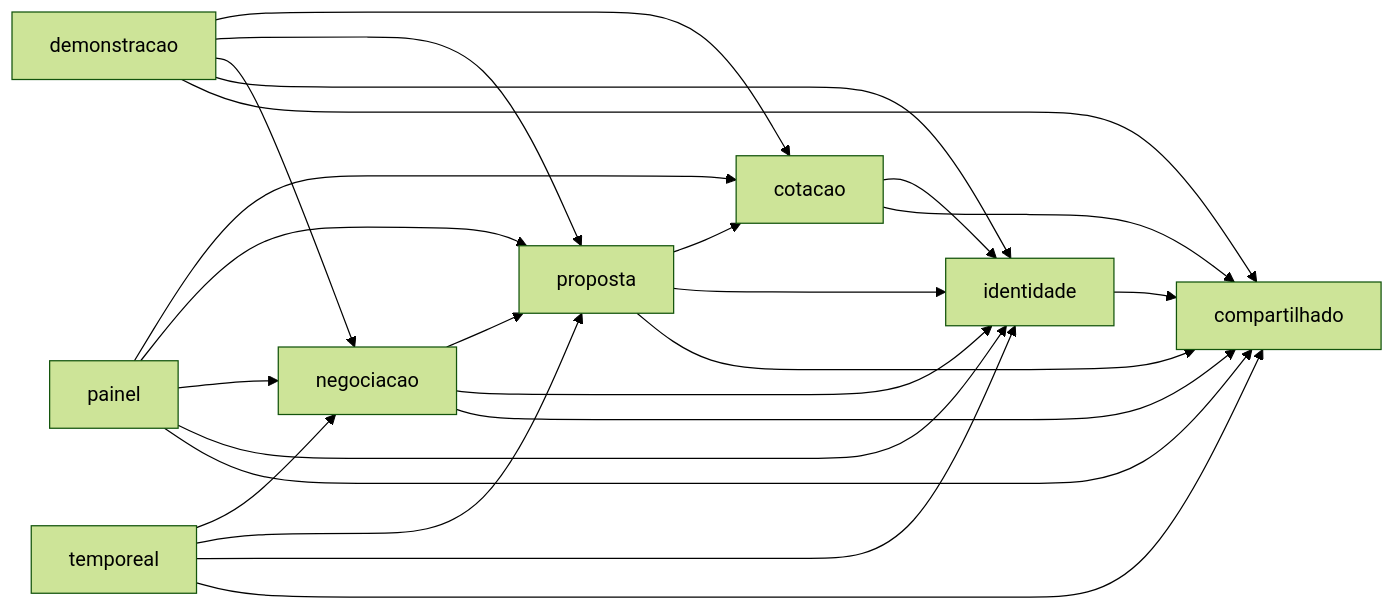
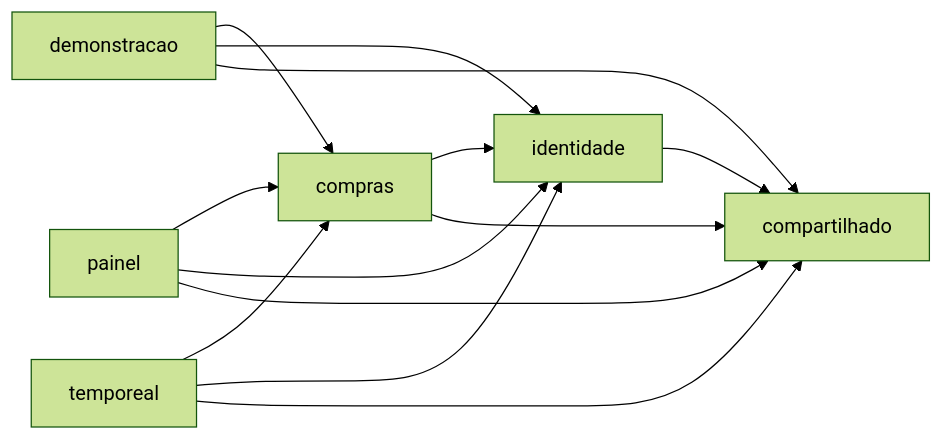
One commit to marcusrdrigues/hackathon-coti-criare-2025 changed the first of 2 diagrams in docs/specs/001-fundacao-da-arquitetura/plan.md. Above: the diagram before and after it, drawn with Mermaid (forest theme). The commit also changed other lines of this file and 6 other files, not shown here.

First line of the commit message:
docs: registra o monólito modular com Clean Architecture

````diff
--- a/docs/specs/001-fundacao-da-arquitetura/plan.md
+++ b/docs/specs/001-fundacao-da-arquitetura/plan.md
@@ -19,9 +19,8 @@
 ```mermaid
 flowchart LR
-    demonstracao --> cotacao & proposta & negociacao & identidade
-    painel --> cotacao & proposta & negociacao
-    temporeal --> negociacao & proposta
-    negociacao --> proposta --> cotacao
-    cotacao & proposta & negociacao & painel & temporeal --> identidade
-    identidade & cotacao & proposta & negociacao & painel & temporeal & demonstracao --> compartilhado
+    demonstracao --> compras & identidade
+    painel --> compras & identidade
+    temporeal --> compras & identidade
+    compras --> identidade
+    identidade & compras & painel & temporeal & demonstracao --> compartilhado
 ```
````
